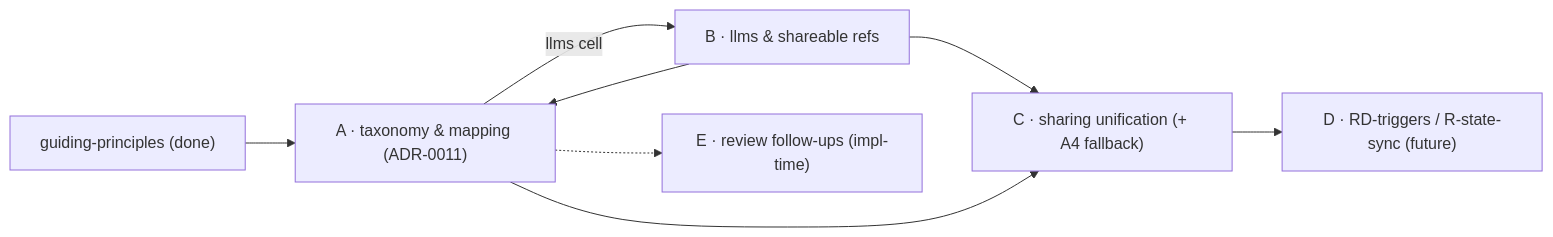
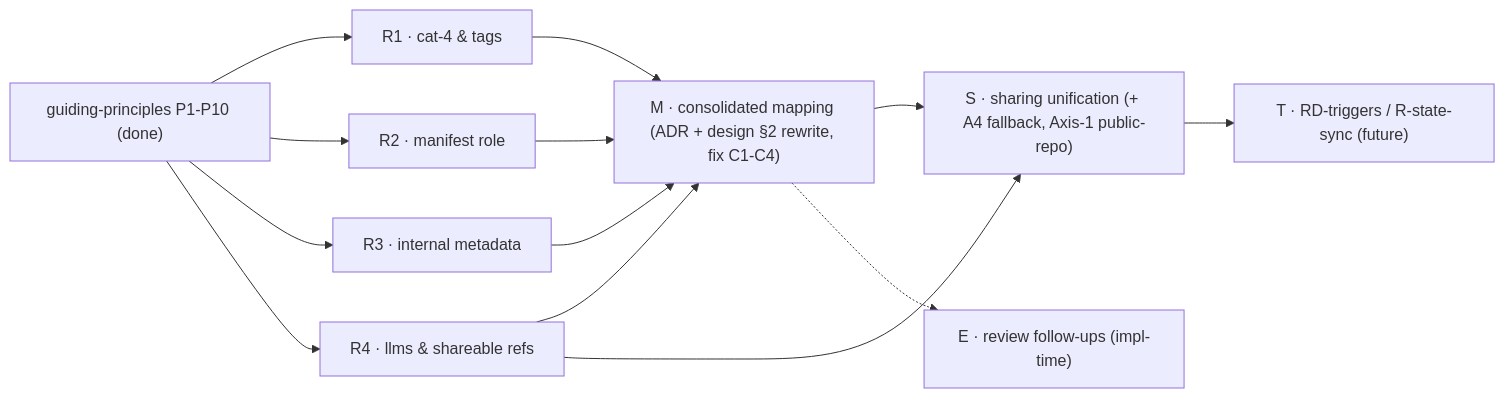
Before and after one commit to alergyonthestage/claude-orchestrator: the diagram in docs/maintainer/configuration/decentralized-config/analysis-roadmap.md, drawn with Mermaid. The commit also changed other lines of this file and 1 other file, not shown here.

First line of the commit message:
docs(decentralized-config): add P10 method + restructure roadmap into role-first analyses

````diff
--- a/docs/maintainer/configuration/decentralized-config/analysis-roadmap.md
+++ b/docs/maintainer/configuration/decentralized-config/analysis-roadmap.md
@@ -87,10 +105,15 @@
 ```mermaid
 flowchart LR
-  P["guiding-principles (done)"] --> A["A · taxonomy & mapping (ADR-0011)"]
-  A -->|llms cell| B["B · llms & shareable refs"]
-  B --> A
-  B --> C["C · sharing unification (+ A4 fallback)"]
-  A --> C
-  C --> D["D · RD-triggers / R-state-sync (future)"]
-  A -.-> E["E · review follow-ups (impl-time)"]
+  P["guiding-principles P1-P10 (done)"] --> R1["R1 · cat-4 & tags"]
+  P --> R2["R2 · manifest role"]
+  P --> R3["R3 · internal metadata"]
+  P --> R4["R4 · llms & shareable refs"]
+  R1 --> M["M · consolidated mapping (ADR + design §2 rewrite, fix C1-C4)"]
+  R2 --> M
+  R3 --> M
+  R4 --> M
+  R4 --> S["S · sharing unification (+ A4 fallback, Axis-1 public-repo)"]
+  M --> S
+  S --> T["T · RD-triggers / R-state-sync (future)"]
+  M -.-> E["E · review follow-ups (impl-time)"]
 ```
````
